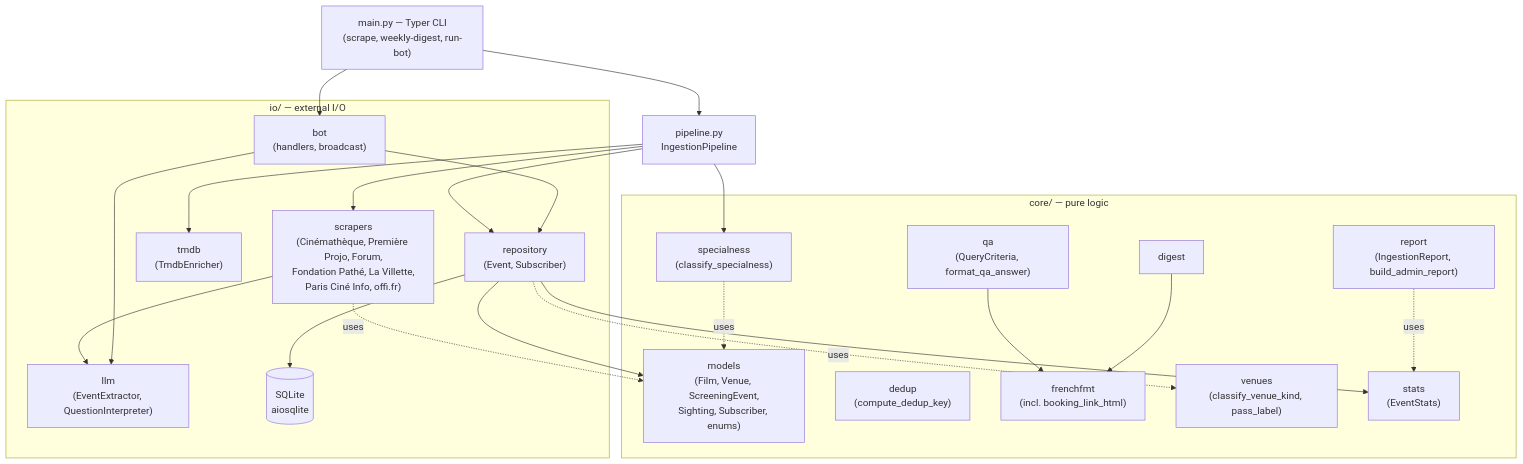
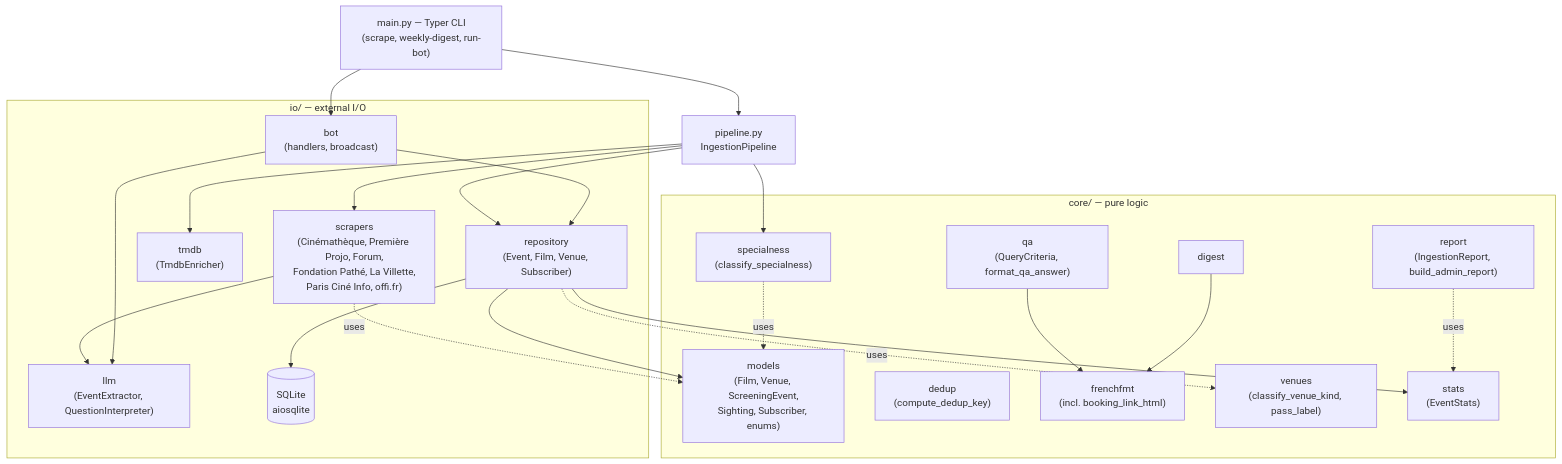
Before and after one commit to Pierrafrom/lanterne: the first of 3 diagrams in docs/architecture.md, drawn with Mermaid. The commit also changed other lines of this file and 7 other files, not shown here.

First line of the commit message:
refactor(io): split EventRepository into Event/Film/Venue repositories

````diff
--- a/docs/architecture.md
+++ b/docs/architecture.md
@@ -34,46 +34,46 @@
 ```mermaid
 flowchart TD
     CLI["main.py — Typer CLI<br/>(scrape, weekly-digest, run-bot)"]
 
     subgraph core["core/ — pure logic"]
         models["models<br/>(Film, Venue, ScreeningEvent,<br/>Sighting, Subscriber, enums)"]
         dedup["dedup<br/>(compute_dedup_key)"]
         qa["qa<br/>(QueryCriteria, format_qa_answer)"]
         digest["digest"]
         frenchfmt["frenchfmt<br/>(incl. booking_link_html)"]
         specialness["specialness<br/>(classify_specialness)"]
         venues["venues<br/>(classify_venue_kind, pass_label)"]
         stats["stats<br/>(EventStats)"]
         report["report<br/>(IngestionReport, build_admin_report)"]
     end
 
     subgraph io["io/ — external I/O"]
         scrapers["scrapers<br/>(Cinémathèque, Première Projo, Forum,<br/>Fondation Pathé, La Villette,<br/>Paris Ciné Info, offi.fr)"]
         llm["llm<br/>(EventExtractor, QuestionInterpreter)"]
         tmdb["tmdb<br/>(TmdbEnricher)"]
-        repo["repository<br/>(Event, Subscriber)"]
+        repo["repository<br/>(Event, Film, Venue, Subscriber)"]
         db[("SQLite<br/>aiosqlite")]
         bot["bot<br/>(handlers, broadcast)"]
     end
 
     pipeline["pipeline.py<br/>IngestionPipeline"]
 
     CLI --> pipeline
     CLI --> bot
     pipeline --> scrapers
     pipeline --> tmdb
     pipeline --> repo
     pipeline --> specialness
     scrapers --> llm
     repo --> db
     repo --> stats
     repo -.uses.-> venues
     report -.uses.-> stats
     bot --> repo
     bot --> llm
     scrapers -.uses.-> models
     repo --> models
     specialness -.uses.-> models
     qa --> frenchfmt
     digest --> frenchfmt
 ```
````
